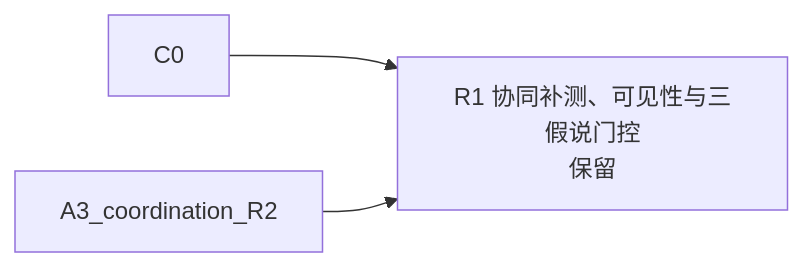
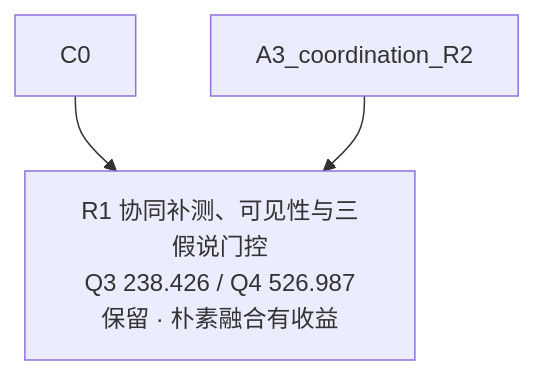
One commit to xiangguaguadadi-dot/cumcm2026-b changed the eighth of 10 diagrams in experiments/R1_atlas/DIRECTION_MAP.md. Above: the diagram before and after it, drawn with Mermaid. The commit also changed other lines of this file and 81 other files, not shown here.

````diff
--- a/experiments/R1_atlas/DIRECTION_MAP.md
+++ b/experiments/R1_atlas/DIRECTION_MAP.md
@@ -240,6 +244,6 @@
 ```mermaid
-flowchart LR
-  B1_R1["R1 协同补测、可见性与三假说门控<br/>保留"]
+flowchart TB
+  B1_R1["R1 协同补测、可见性与三假说门控<br/>Q3 238.426 / Q4 526.987<br/>保留 · 朴素融合有收益"]
   C0 --> B1_R1
   A3_coordination_R2 --> B1_R1
 ```
````
